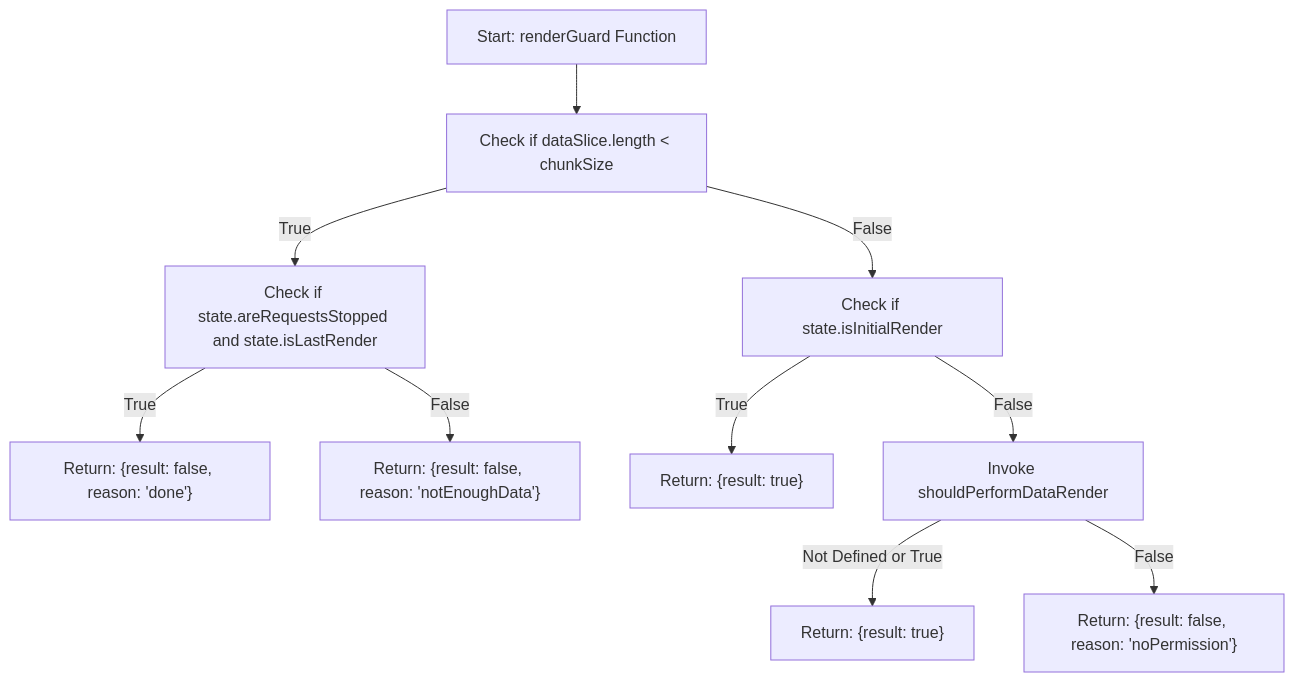
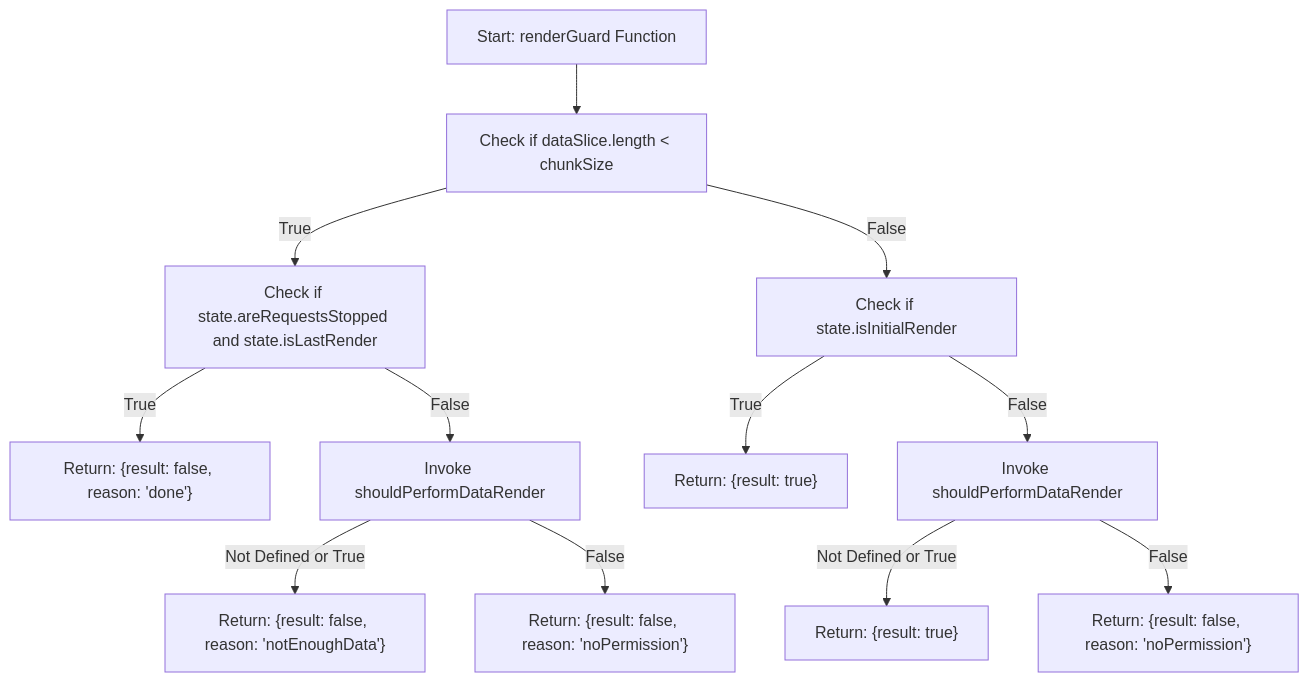
Before and after one commit to V4Fire/Client: the first of 2 diagrams in src/base/b-virtual-scroll-new/README.md, drawn with Mermaid. The commit also changed other lines of this file and 13 other files, not shown here.

Commit message:
Removed shouldPerformDataRequest in b-virtual-scroll-new

````diff
--- a/src/base/b-virtual-scroll-new/README.md
+++ b/src/base/b-virtual-scroll-new/README.md
@@ -753,12 +728,14 @@
 ```mermaid
 flowchart TD
     A["Start: renderGuard Function"] --> B["Check if dataSlice.length < chunkSize"]
     B -- "True" --> C["Check if state.areRequestsStopped and state.isLastRender"]
     C -- "True" --> D["Return: {result: false, reason: 'done'}"]
-    C -- "False" --> E["Return: {result: false, reason: 'notEnoughData'}"]
+    C -- "False" --> E["Invoke shouldPerformDataRender"]
+    E -- "Not Defined or True" --> Z["Return: {result: false, reason: 'notEnoughData'}"]
+    E -- "False" --> X["Return: {result: false, reason: 'noPermission'}"]
     B -- "False" --> F["Check if state.isInitialRender"]
     F -- "True" --> G["Return: {result: true}"]
     F -- "False" --> H["Invoke shouldPerformDataRender"]
     H -- "Not Defined or True" --> I["Return: {result: true}"]
     H -- "False" --> J["Return: {result: false, reason: 'noPermission'}"]
 ```
````
